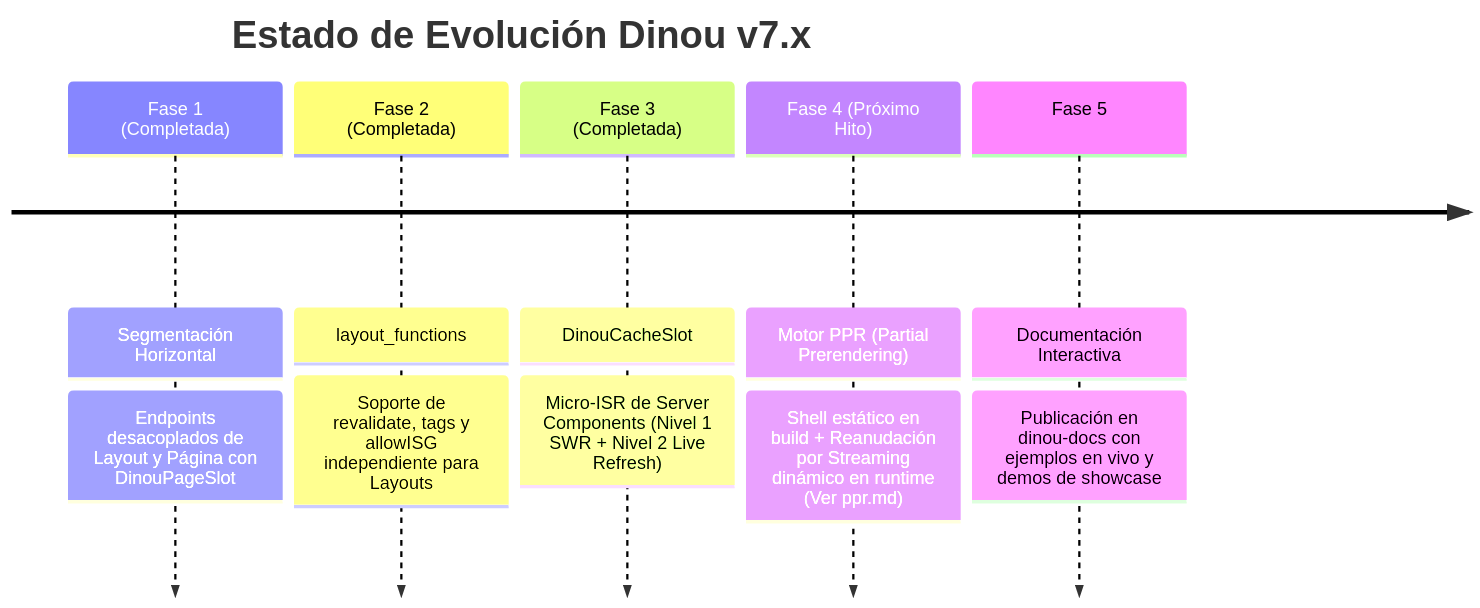
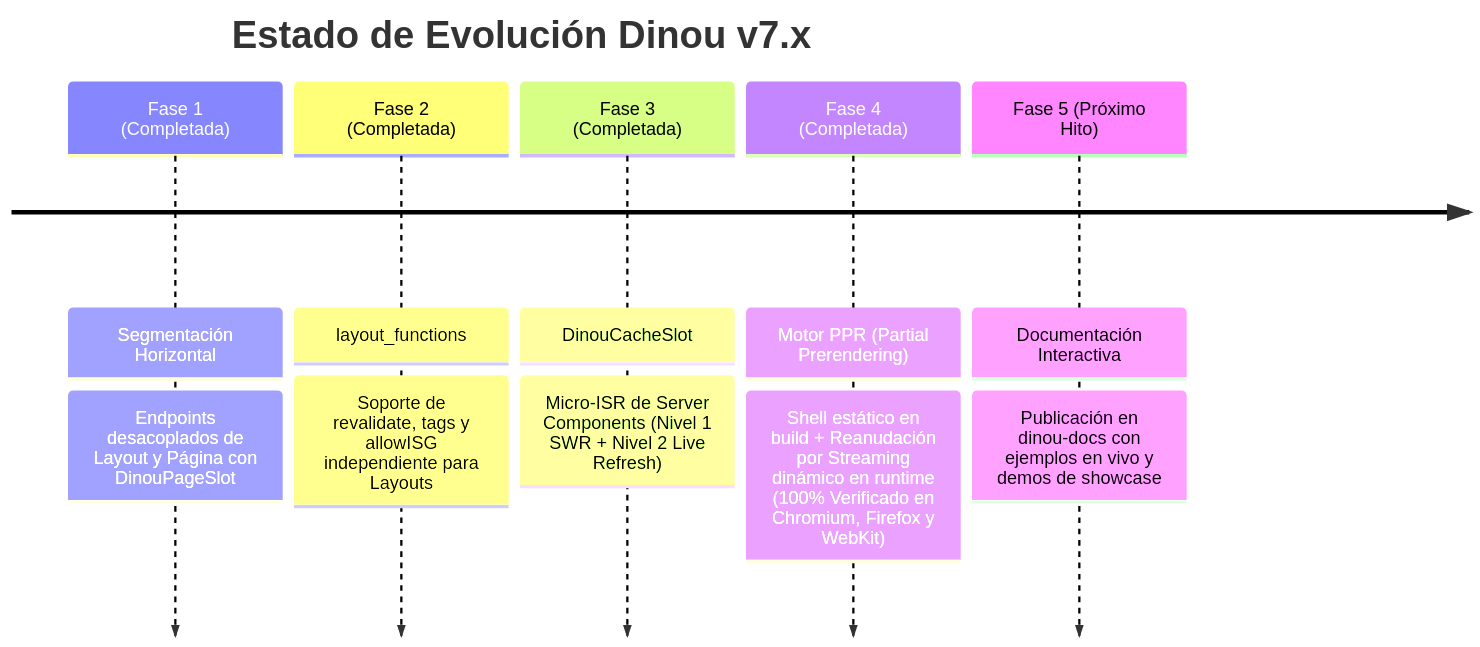
One commit to roggc/dinou-e2e changed the third of 3 diagrams in docs.md. Above: the diagram before and after it, drawn with Mermaid. The commit also changed other lines of this file, not shown here.

````diff
--- a/docs.md
+++ b/docs.md
@@ -283,9 +439,9 @@
 ```mermaid
 timeline
     title Estado de Evolución Dinou v7.x
     Fase 1 (Completada) : Segmentación Horizontal : Endpoints desacoplados de Layout y Página con DinouPageSlot
     Fase 2 (Completada) : layout_functions : Soporte de revalidate, tags y allowISG independiente para Layouts
     Fase 3 (Completada) : DinouCacheSlot : Micro-ISR de Server Components (Nivel 1 SWR + Nivel 2 Live Refresh)
-    Fase 4 (Próximo Hito) : Motor PPR (Partial Prerendering) : Shell estático en build + Reanudación por Streaming dinámico en runtime (Ver ppr.md)
-    Fase 5 : Documentación Interactiva : Publicación en dinou-docs con ejemplos en vivo y demos de showcase
+    Fase 4 (Completada) : Motor PPR (Partial Prerendering) : Shell estático en build + Reanudación por Streaming dinámico en runtime (100% Verificado en Chromium, Firefox y WebKit)
+    Fase 5 (Próximo Hito) : Documentación Interactiva : Publicación en dinou-docs con ejemplos en vivo y demos de showcase
 ```
````
